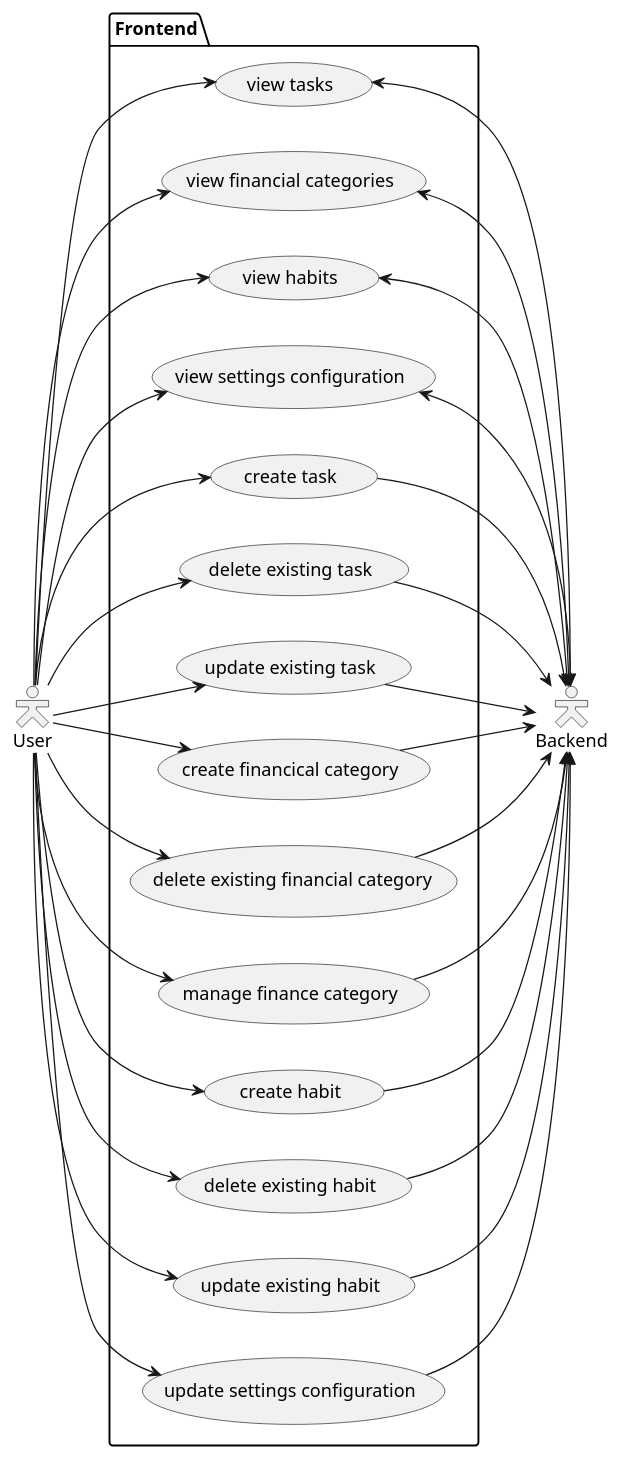
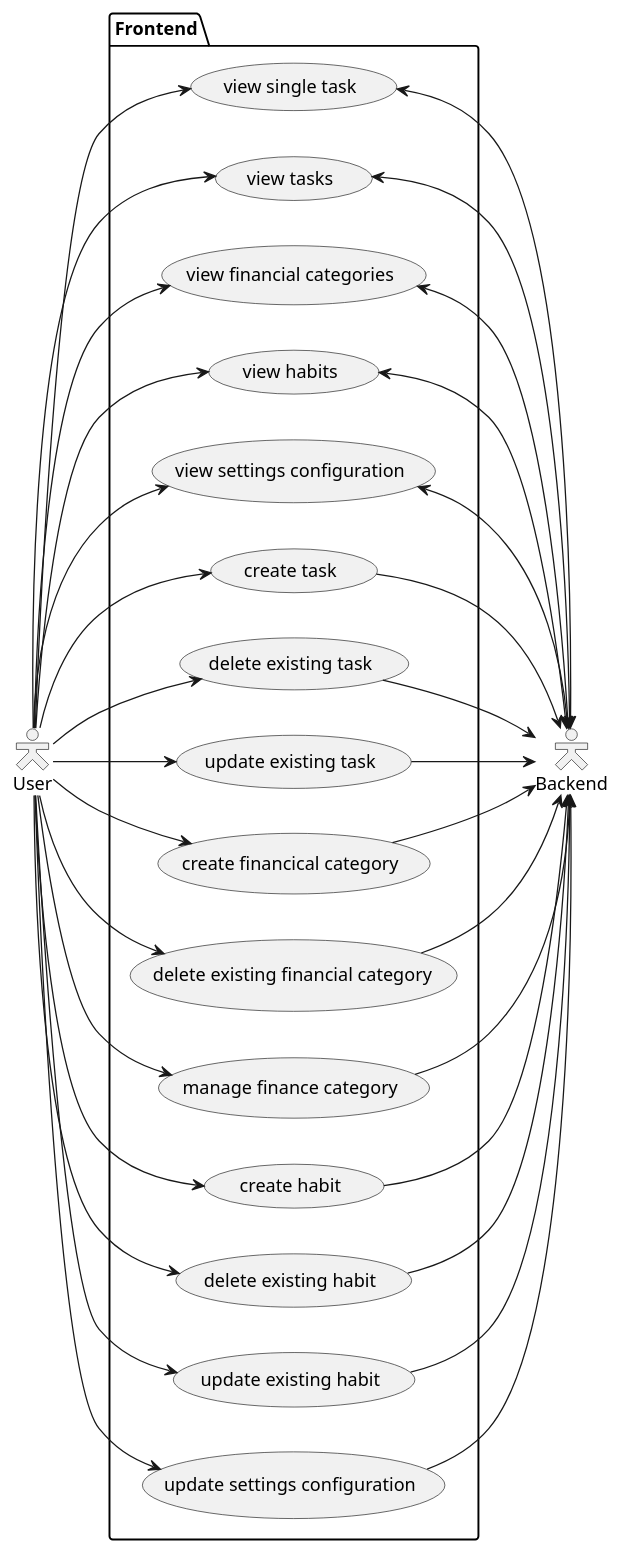
One commit to Toby-Rea/planner changed the first of 2 diagrams in docs/Usecases.puml. Above: the diagram before and after it, drawn with PlantUML. The commit also changed other lines of this file and 4 other files, not shown here.

```diff
--- a/docs/Usecases.puml
+++ b/docs/Usecases.puml
@@ -1,59 +1,62 @@
 @startuml FrontendUses
 skinparam actorStyle Hollow
 left to right direction
 :User: as u
 :Backend: as b
 
 package Frontend {
     usecase "create task" as c_task
     usecase "delete existing task" as d_task
     usecase "update existing task" as u_task
-    usecase "view tasks" as v_task
+    usecase "view single task" as single_task
+    usecase "view tasks" as v_tasks
 
     usecase "create financical category" as c_finance
     usecase "delete existing financial category" as d_finance
     usecase "manage finance category" as m_finance
     usecase "view financial categories" as v_finance
 
     usecase "create habit" as c_habit
     usecase "delete existing habit" as d_habit
     usecase "update existing habit" as u_habit
     usecase "view habits" as v_habit
 
     usecase "update settings configuration" as u_settings
     usecase "view settings configuration" as v_settings
 }
 
 u --> c_task
 c_task --> b
 u --> d_task
 d_task --> b
 u --> u_task
 u_task --> b
-u --> v_task
-v_task <-> b
+u --> single_task
+single_task <-> b
+u --> v_tasks
+v_tasks <-> b
 
 u --> c_finance
 c_finance --> b
 u --> d_finance
 d_finance --> b
 u --> m_finance
 m_finance --> b
 u --> v_finance
 v_finance <-> b
 
 u --> c_habit
 c_habit --> b
 u --> d_habit
 d_habit --> b
 u --> u_habit
 u_habit --> b
 u --> v_habit
 v_habit <-> b
 
 u --> v_settings
 v_settings <-> b
 u --> u_settings
 u_settings --> b
 
 @enduml
```
